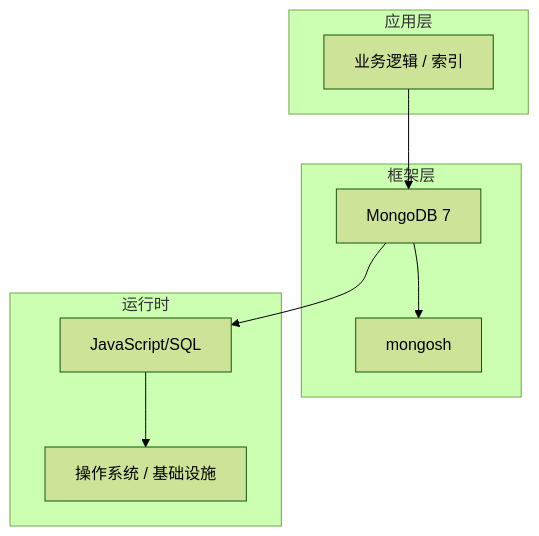
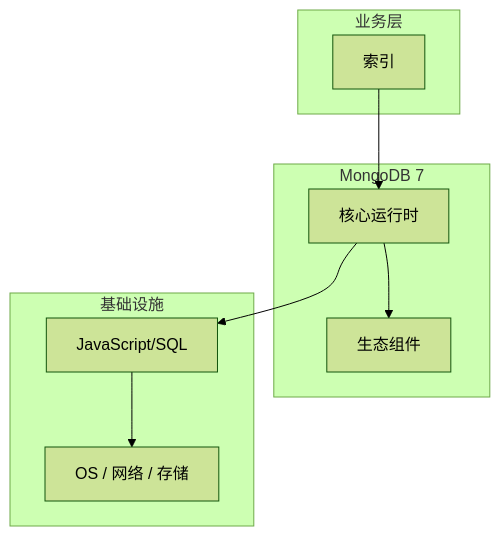
Before and after one commit to yanggan2015/knowledge-json-v2: the diagram in articles/MongoDB/chapters/022-索引核心概念与原理.md, drawn with Mermaid (forest theme). The commit also changed other lines of this file and 10127 other files, not shown here.

````diff
--- a/articles/MongoDB/chapters/022-索引核心概念与原理.md
+++ b/articles/MongoDB/chapters/022-索引核心概念与原理.md
@@ -45,18 +34,18 @@
 ```mermaid
 graph TB
-    subgraph 应用层
-        A[业务逻辑 / 索引]
+    subgraph 业务层
+        A[索引]
     end
-    subgraph 框架层
-        B[MongoDB 7]
-        C[mongosh]
+    subgraph MongoDB 7
+        B[核心运行时]
+        C[生态组件]
     end
-    subgraph 运行时
+    subgraph 基础设施
         D[JavaScript/SQL]
-        E[操作系统 / 基础设施]
+        E[OS / 网络 / 存储]
     end
     A --> B
     B --> C
     B --> D
     D --> E
 ```
````
